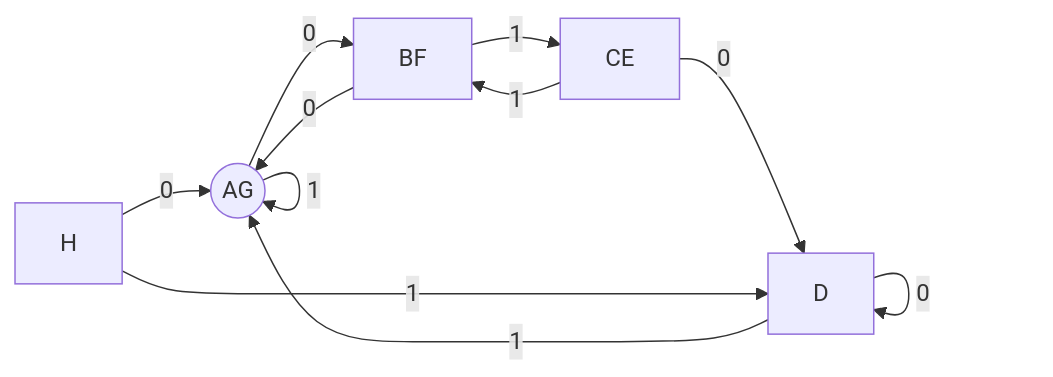
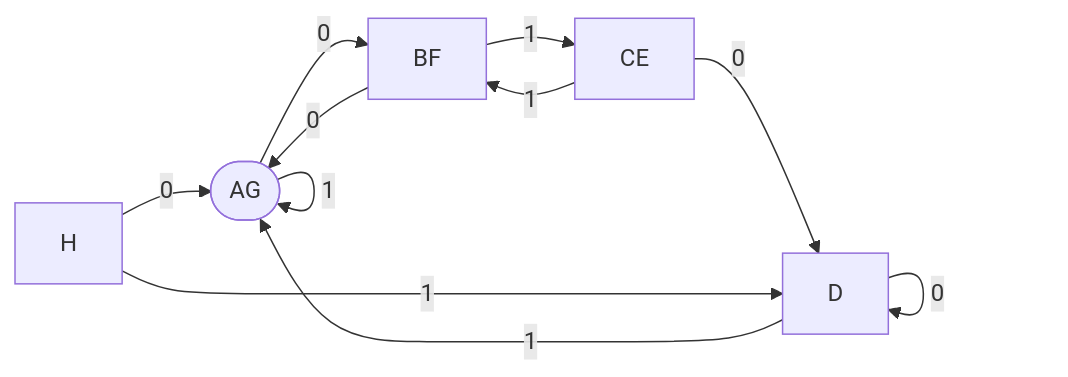
One commit to wu-kan/wu-kan.github.io changed the diagram in _posts/2020-05-09-编译原理（三）.md. Above: the diagram before and after it, drawn with Mermaid. The commit also changed other lines of this file and 21 other files, not shown here.

````diff
--- a/_posts/2020-05-09-编译原理（三）.md
+++ b/_posts/2020-05-09-编译原理（三）.md
@@ -27,14 +27,14 @@
 ```mermaid
-graph LR
+flowchart LR
 AG--0-->BF
 AG--1-->AG
 BF--0-->AG
 BF--1-->CE
 CE--0-->D
 CE--1-->BF
 D--0-->D
 D--1-->AG
 H--0-->AG
 H--1-->D
-AG((AG))
+AG([AG])
 ```
````
